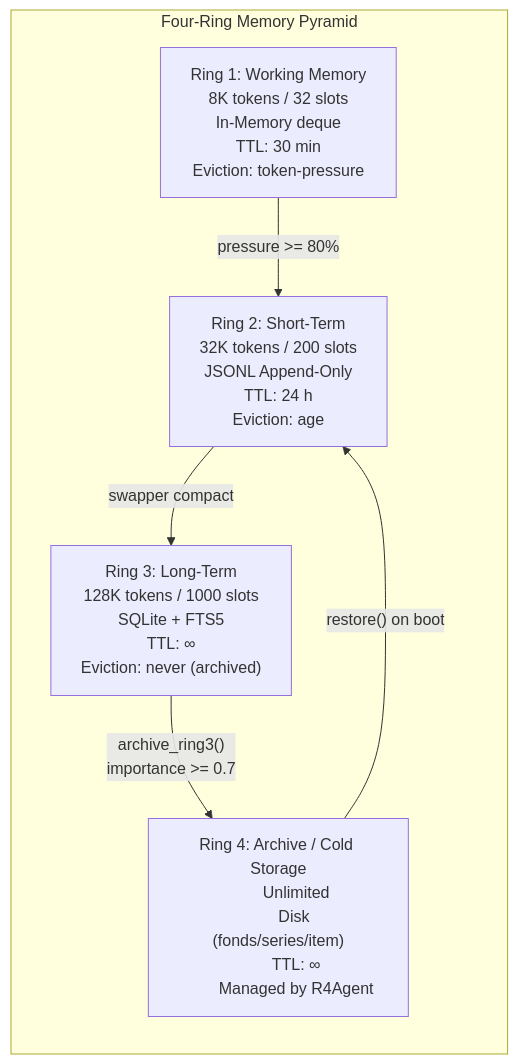
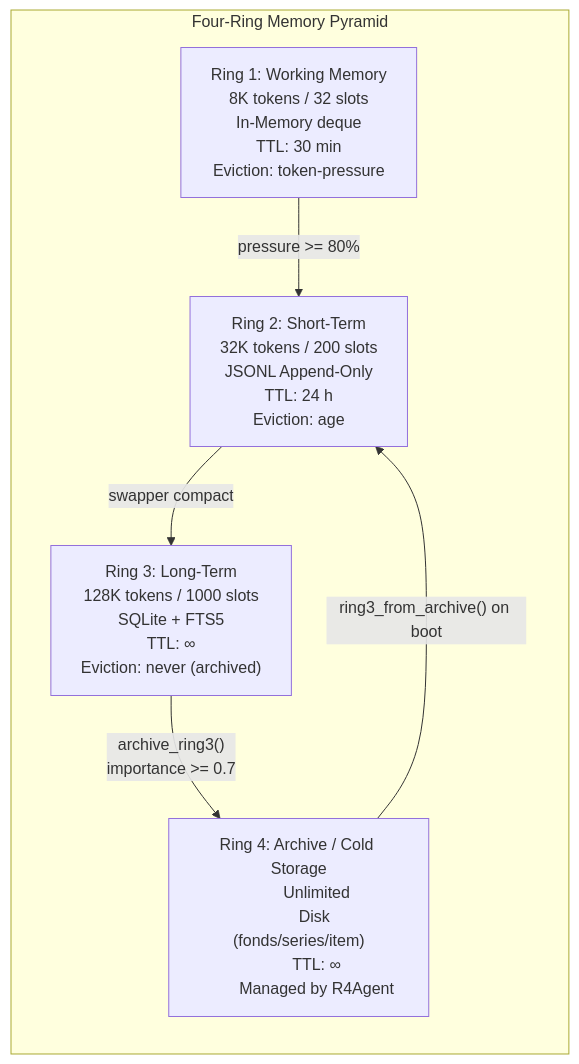
Before and after one commit to guilingzhouyi-creator/Praxis-Agent-OS: the first of 2 diagrams in docs/architecture/deep-dive/memory.md, drawn with Mermaid. The commit also changed other lines of this file and 165 other files, not shown here.

````diff
--- a/docs/architecture/deep-dive/memory.md
+++ b/docs/architecture/deep-dive/memory.md
@@ -8,29 +8,29 @@
 ```mermaid
 flowchart LR
     subgraph Rings["Four-Ring Memory Pyramid"]
         R1["Ring 1: Working Memory
         8K tokens / 32 slots
         In-Memory deque
         TTL: 30 min
         Eviction: token-pressure"]
         R2["Ring 2: Short-Term
         32K tokens / 200 slots
         JSONL Append-Only
         TTL: 24 h
         Eviction: age"]
         R3["Ring 3: Long-Term
         128K tokens / 1000 slots
         SQLite + FTS5
         TTL: ∞
         Eviction: never (archived)"]
         R4["Ring 4: Archive / Cold Storage
         Unlimited
         Disk (fonds/series/item)
         TTL: ∞
         Managed by R4Agent"]
     end
     R1 -->|"pressure >= 80%"| R2
     R2 -->|"swapper compact"| R3
     R3 -->|"archive_ring3()\nimportance >= 0.7"| R4
-    R4 -->|"restore() on boot"| R2
+    R4 -->|"ring3_from_archive() on boot"| R2
 ```
````
